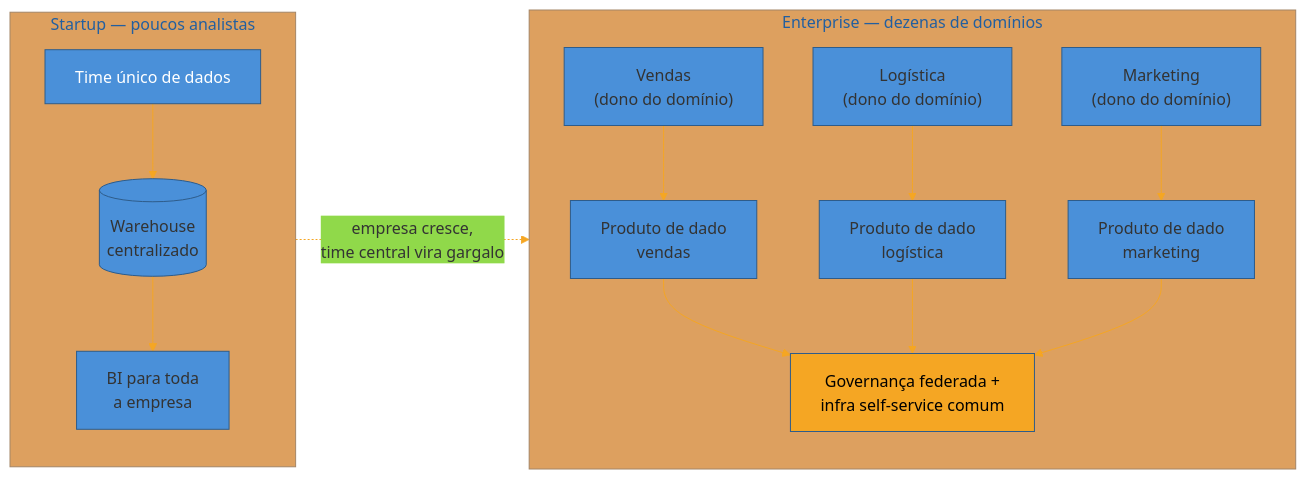
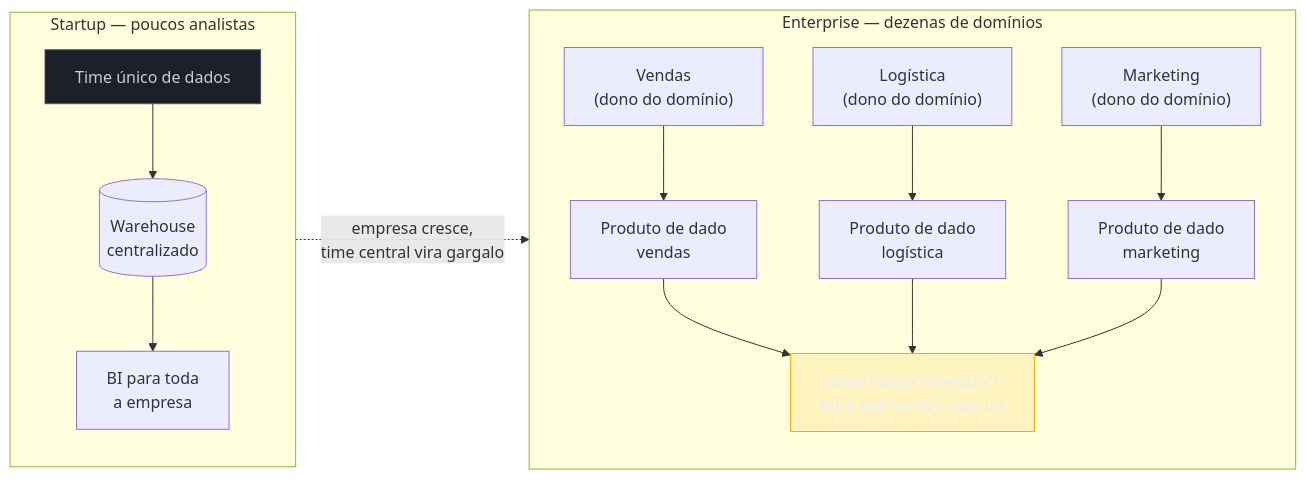
The third of 4 diagrams in 03-Dominios/Engenharia/Dados/Capstone - Desenhando a plataforma de dados de uma empresa do zero.md (josenaldo/codex-technomanticus), drawn with Mermaid before and after one commit. The commit also changed other lines of this file and 1181 other files, not shown here.

First line of the commit message:
fix(diagramas): paleta do sistema no lugar de cor cravada no markdown

````diff
--- a/03-Dominios/Engenharia/Dados/Capstone - Desenhando a plataforma de dados de uma empresa do zero.md
+++ b/03-Dominios/Engenharia/Dados/Capstone - Desenhando a plataforma de dados de uma empresa do zero.md
@@ -163,20 +164,21 @@
 ```mermaid
-%%{init: {"theme": "base", "themeVariables": {"primaryColor": "#4A90D9", "primaryBorderColor": "#2E5C8A", "lineColor": "#F5A623"}}}%%
 graph LR
+    classDef neutro fill:#1B2029,stroke:#4E5666,color:#C6CCD8
+    classDef destaque fill:#FFAA0024,stroke:#FFAA00,color:#E9ECF2
     subgraph Startup["Startup — poucos analistas"]
         T1["Time único de dados"] --> WH1[("Warehouse<br/>centralizado")]
         WH1 --> BI1["BI para toda<br/>a empresa"]
     end
 
     subgraph Enterprise["Enterprise — dezenas de domínios"]
         DV["Vendas<br/>(dono do domínio)"] --> P1["Produto de dado<br/>vendas"]
         DLog["Logística<br/>(dono do domínio)"] --> P2["Produto de dado<br/>logística"]
         DMkt["Marketing<br/>(dono do domínio)"] --> P3["Produto de dado<br/>marketing"]
         P1 & P2 & P3 --> GOV["Governança federada +<br/>infra self-service comum"]
     end
 
     Startup -.->|"empresa cresce,<br/>time central vira gargalo"| Enterprise
 
-    style T1 fill:#4A90D9,color:#fff
-    style GOV fill:#F5A623,color:#000
+    class T1 neutro
+    class GOV destaque
 ```
````
